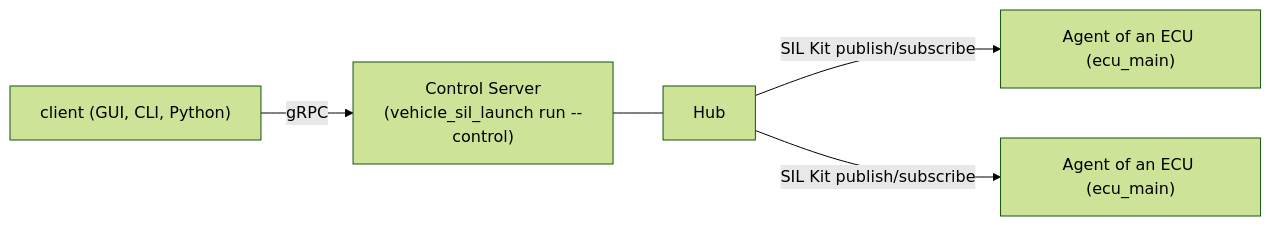
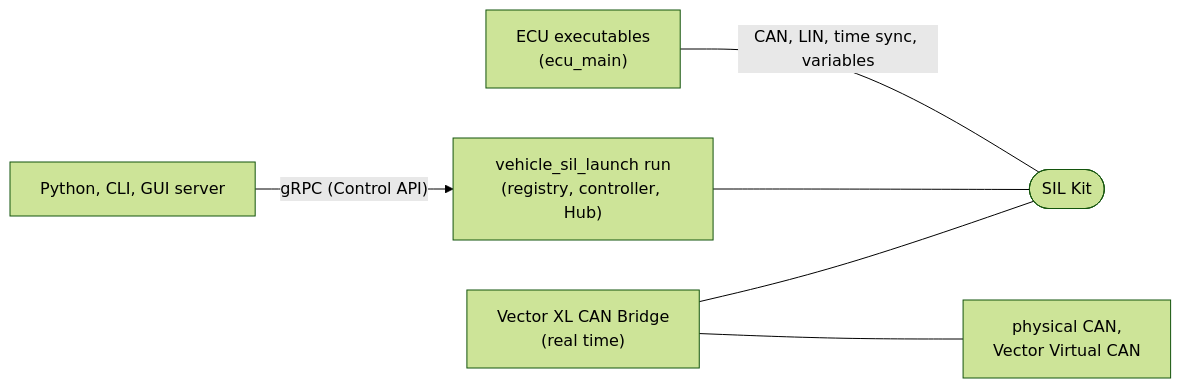
The diagram in docs/architecture.md (rahanahu/vehicle-sil), drawn with Mermaid (forest theme) before and after one commit. The commit also changed other lines of this file and 25 other files, not shown here.

First line of the commit message:
docs: split the architecture document by reader and bring it in line with the code

````diff
--- a/docs/architecture.md
+++ b/docs/architecture.md
@@ -1188,7 +11,8 @@
 ```mermaid
 flowchart LR
-    client["client (GUI, CLI, Python)"] -- gRPC --> server["Control Server<br>(vehicle_sil_launch run --control)"]
-    server --- hub["Hub"]
-    hub -- "SIL Kit publish/subscribe" --> a1["Agent of an ECU (ecu_main)"]
-    hub -- "SIL Kit publish/subscribe" --> a2["Agent of an ECU (ecu_main)"]
+    ecu["ECU executables<br>(ecu_main)"] -- "CAN, LIN, time sync, variables" --- silkit(["SIL Kit"])
+    launch["vehicle_sil_launch run<br>(registry, controller, Hub)"] --- silkit
+    bridge["Vector XL CAN Bridge<br>(real time)"] --- silkit
+    bridge --- bus["physical CAN,<br>Vector Virtual CAN"]
+    client["Python, CLI, GUI server"] -- "gRPC (Control API)" --> launch
 ```
````
